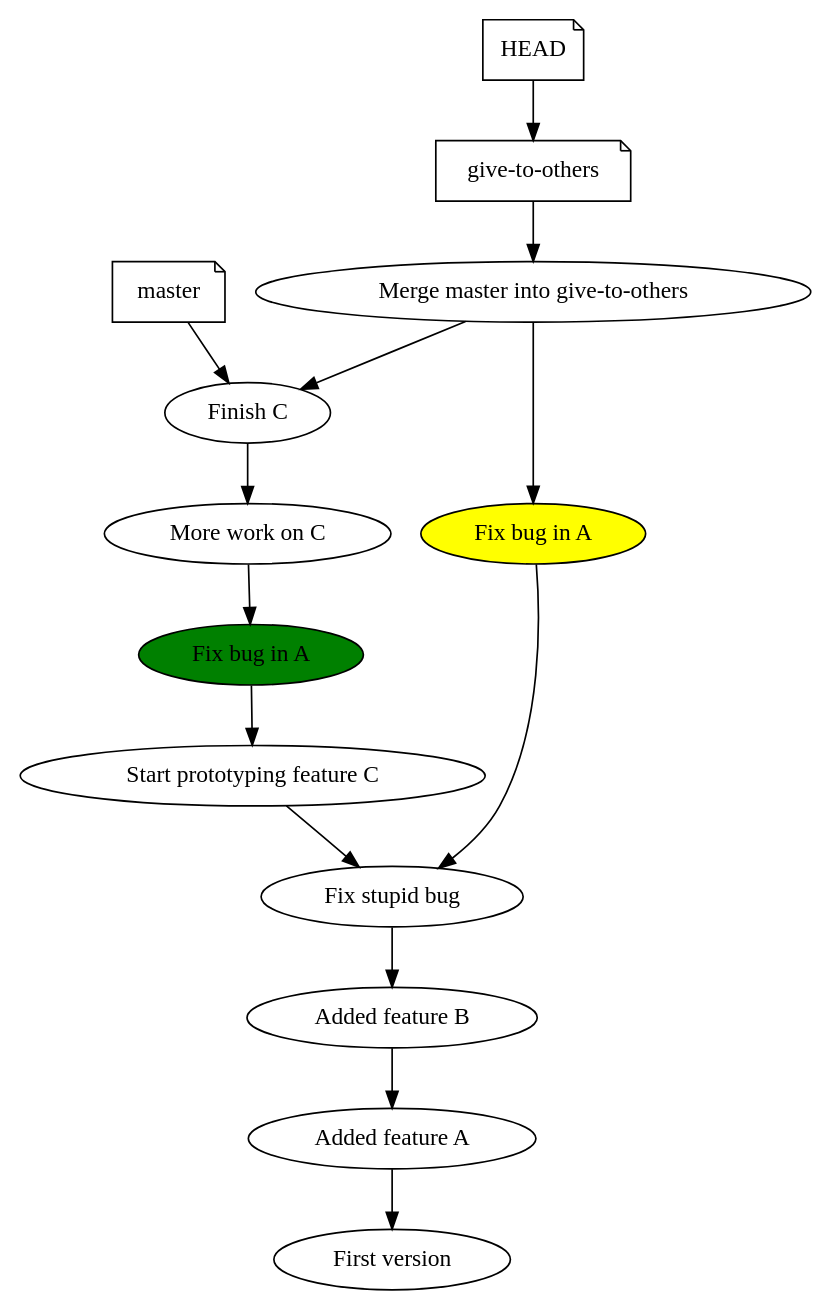
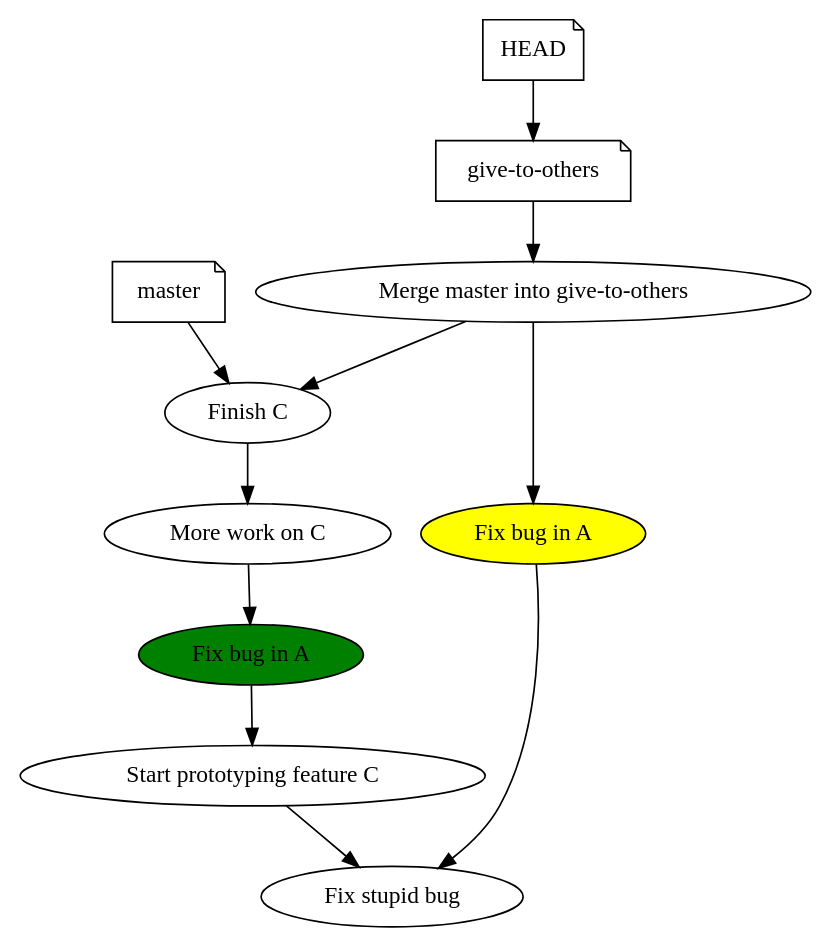
The diagram in single_dude4.dot (rjw57/do-you-git-it), drawn with Graphviz before and after one commit. The commit also changed 7 other files, not shown here.

```diff
--- a/single_dude4.dot
+++ b/single_dude4.dot
@@ -1,20 +1,20 @@
 digraph single_dude {
     "give-to-others" [ shape=note ];
     "master" [ shape=note ];
 
     "HEAD" [ shape=note ];
 
     c1 [ label = "Fix bug in A", style=filled, fillcolor=green ];
     c2 [ label = "Fix bug in A", style=filled, fillcolor=yellow ];
     merge [ label = "Merge master into give-to-others" ];
 
-    "Finish C" -> "More work on C" -> c1 -> "Start prototyping feature C" -> "Fix stupid bug" -> "Added feature B" -> "Added feature A" -> "First version";
+    "Finish C" -> "More work on C" -> c1 -> "Start prototyping feature C" -> "Fix stupid bug";
     c2 -> "Fix stupid bug";
 
     merge -> "Finish C";
     merge -> c2;
 
     "HEAD" -> "give-to-others";
     "master" -> "Finish C";
     "give-to-others" -> merge;
 }
```
